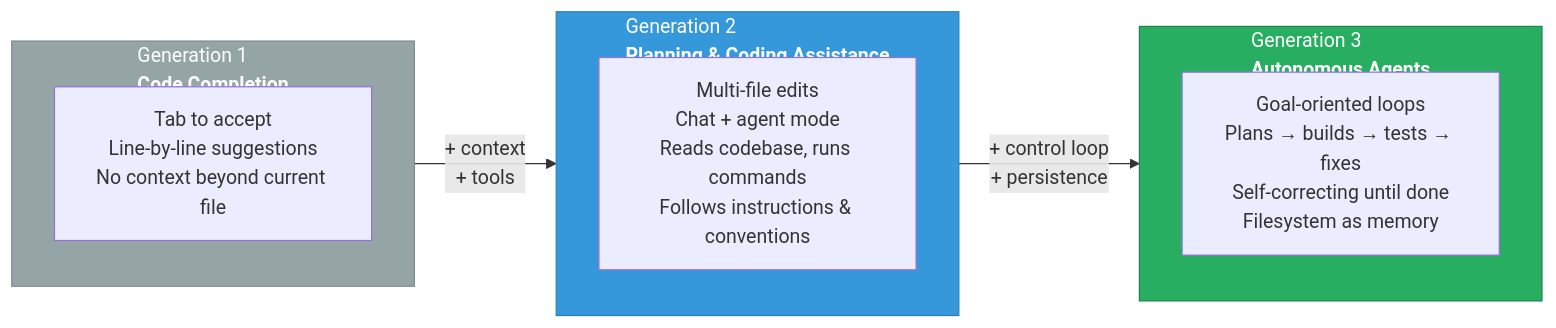
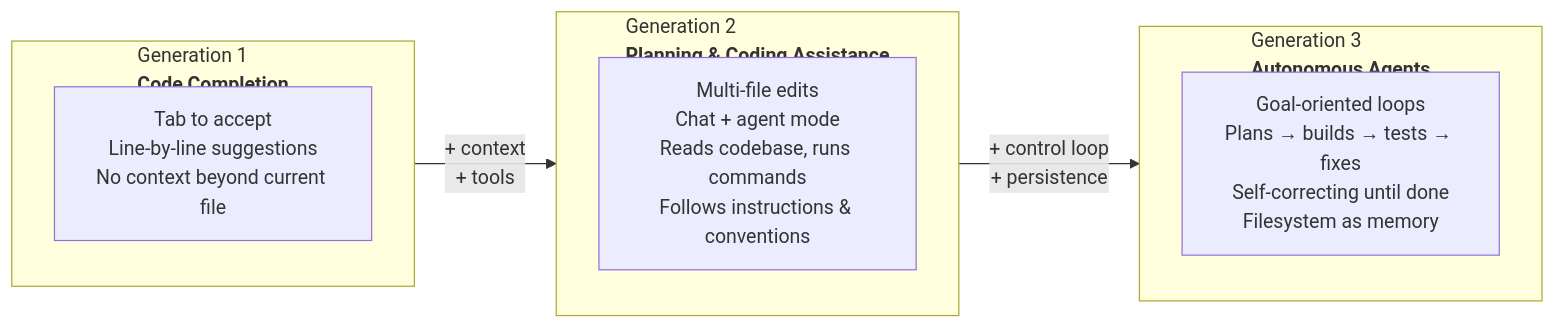
The first of 12 diagrams in README.md (abossard/ghcp-agent-2024), drawn with Mermaid before and after one commit. The commit also changed other lines of this file, not shown here.

````diff
--- a/README.md
+++ b/README.md
@@ -27,21 +27,18 @@
 ```mermaid
+%%{init: {'flowchart': {'htmlLabels': true}} }%%
 graph LR
-    subgraph GEN1 ["Generation 1\n<b>Code Completion</b>"]
-        G1["Tab to accept\nLine-by-line suggestions\nNo context beyond current file"]
+    subgraph GEN1 ["Generation 1<br><b>Code Completion</b>"]
+        G1["Tab to accept<br/>Line-by-line suggestions<br/>No context beyond current file"]
     end
 
-    subgraph GEN2 ["Generation 2\n<b>Planning & Coding Assistance</b>"]
-        G2["Multi-file edits\nChat + agent mode\nReads codebase, runs commands\nFollows instructions & conventions"]
+    subgraph GEN2 ["Generation 2<br><b>Planning & Coding Assistance</b>"]
+        G2["Multi-file edits<br/>Chat + agent mode<br/>Reads codebase, runs commands<br/>Follows instructions & conventions"]
     end
 
-    subgraph GEN3 ["Generation 3\n<b>Autonomous Agents</b>"]
-        G3["Goal-oriented loops\nPlans → builds → tests → fixes\nSelf-correcting until done\nFilesystem as memory"]
+    subgraph GEN3 ["Generation 3<br><b>Autonomous Agents</b>"]
+        G3["Goal-oriented loops<br/>Plans → builds → tests → fixes<br/>Self-correcting until done<br/>Filesystem as memory"]
     end
 
-    GEN1 -->|"+ context\n+ tools"| GEN2
-    GEN2 -->|"+ control loop\n+ persistence"| GEN3
-
-    style GEN1 fill:#95a5a6,color:#fff,stroke:#7f8c8d
-    style GEN2 fill:#3498db,color:#fff,stroke:#2980b9
-    style GEN3 fill:#27ae60,color:#fff,stroke:#1e8449
+    GEN1 -->|"+ context<br/>+ tools"| GEN2
+    GEN2 -->|"+ control loop<br/>+ persistence"| GEN3
 ```
````
